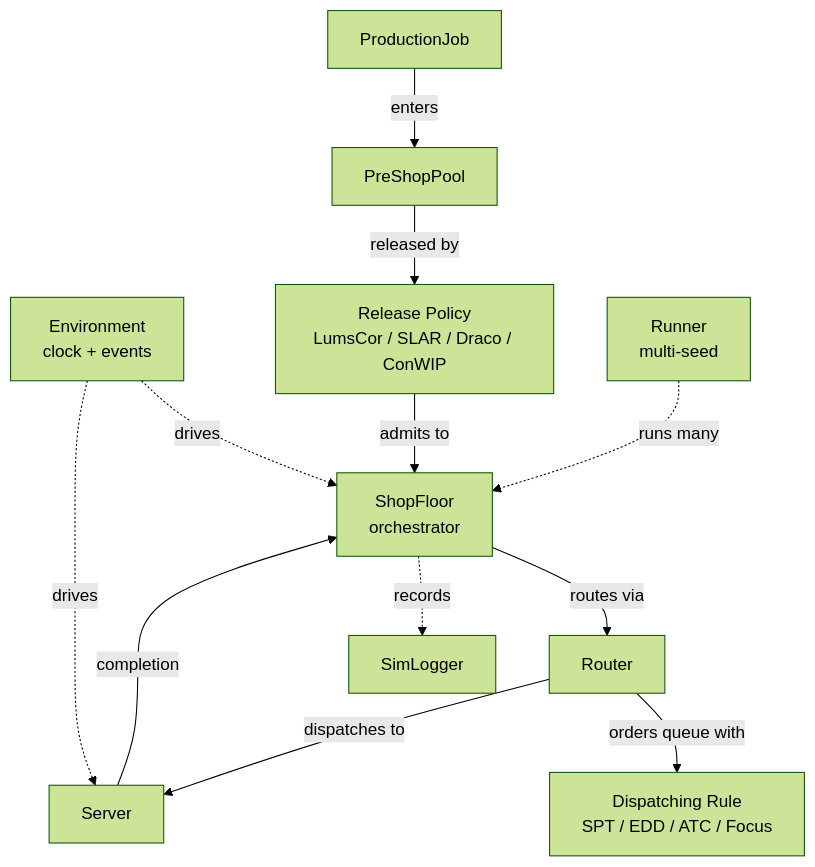
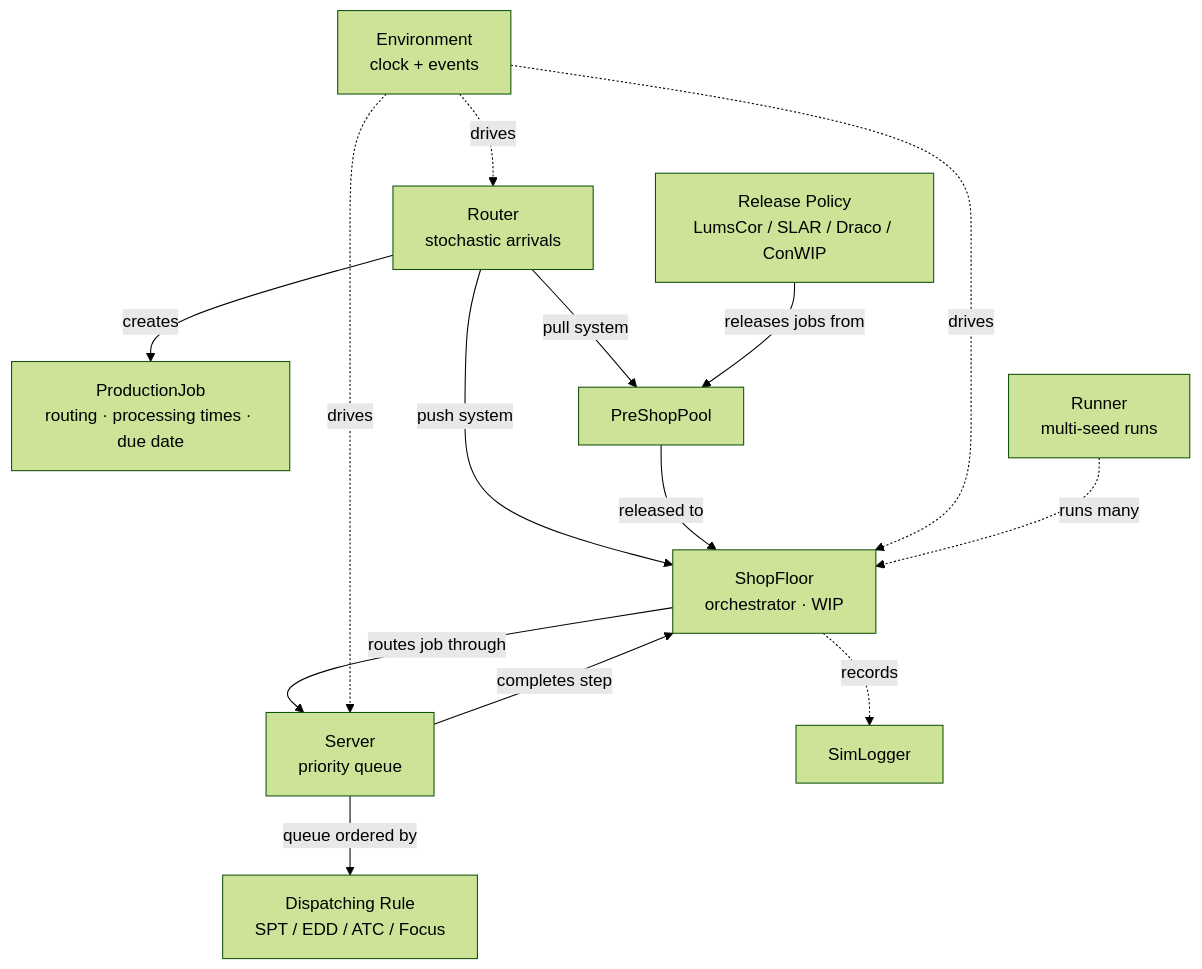
Before and after one commit to dmezzogori/simulatte: the first of 2 diagrams in docs/introduction/architecture.md, drawn with Mermaid (forest theme). The commit also changed other lines of this file, not shown here.

Commit message:
docs: correct production architecture diagram and reconcile prose
Router is the stochastic arrival process (creates jobs, feeds PSP/ShopFloor);
ShopFloor routes jobs through Servers; each Server orders its own queue via the
dispatching rule. Verify intralogistics diagram against fleet.py. Refs #14.

````diff
--- a/docs/introduction/architecture.md
+++ b/docs/introduction/architecture.md
@@ -9,25 +9,27 @@
 ```mermaid
 graph TD
     Env["Environment<br/>clock + events"]
-    Job["ProductionJob"]
+    Router["Router<br/>stochastic arrivals"]
+    Job["ProductionJob<br/>routing · processing times · due date"]
     PSP["PreShopPool"]
     RP["Release Policy<br/>LumsCor / SLAR / Draco / ConWIP"]
-    SF["ShopFloor<br/>orchestrator"]
-    R["Router"]
+    SF["ShopFloor<br/>orchestrator · WIP"]
+    S["Server<br/>priority queue"]
     DR["Dispatching Rule<br/>SPT / EDD / ATC / Focus"]
-    S["Server"]
-    Runner["Runner<br/>multi-seed"]
+    Runner["Runner<br/>multi-seed runs"]
     Log["SimLogger"]
 
-    Job -->|enters| PSP
-    PSP -->|released by| RP
-    RP -->|admits to| SF
-    SF -->|routes via| R
-    R -->|orders queue with| DR
-    R -->|dispatches to| S
-    S -->|completion| SF
+    Router -->|creates| Job
+    Router -->|pull system| PSP
+    Router -->|push system| SF
+    RP -->|releases jobs from| PSP
+    PSP -->|released to| SF
+    SF -->|routes job through| S
+    S -->|queue ordered by| DR
+    S -->|completes step| SF
+    Env -.drives.-> Router
     Env -.drives.-> SF
     Env -.drives.-> S
     SF -.records.-> Log
     Runner -.runs many.-> SF
 ```
````
